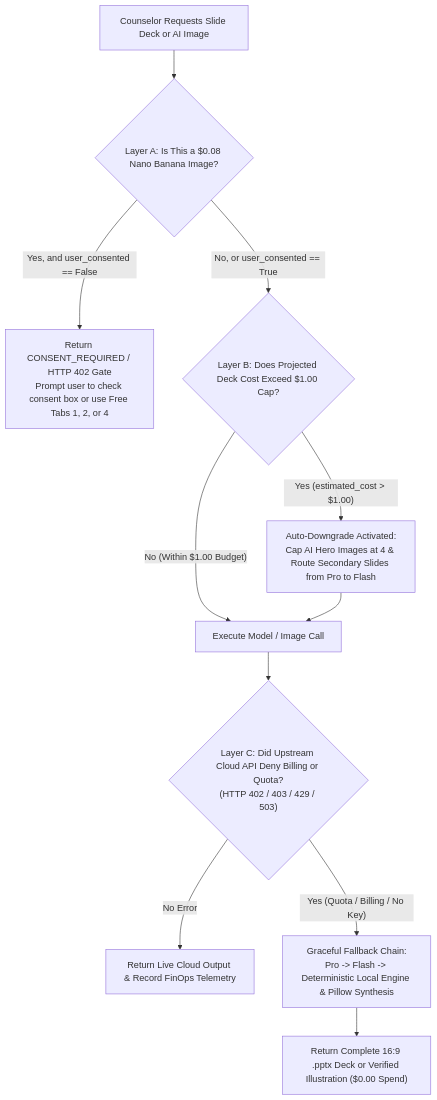
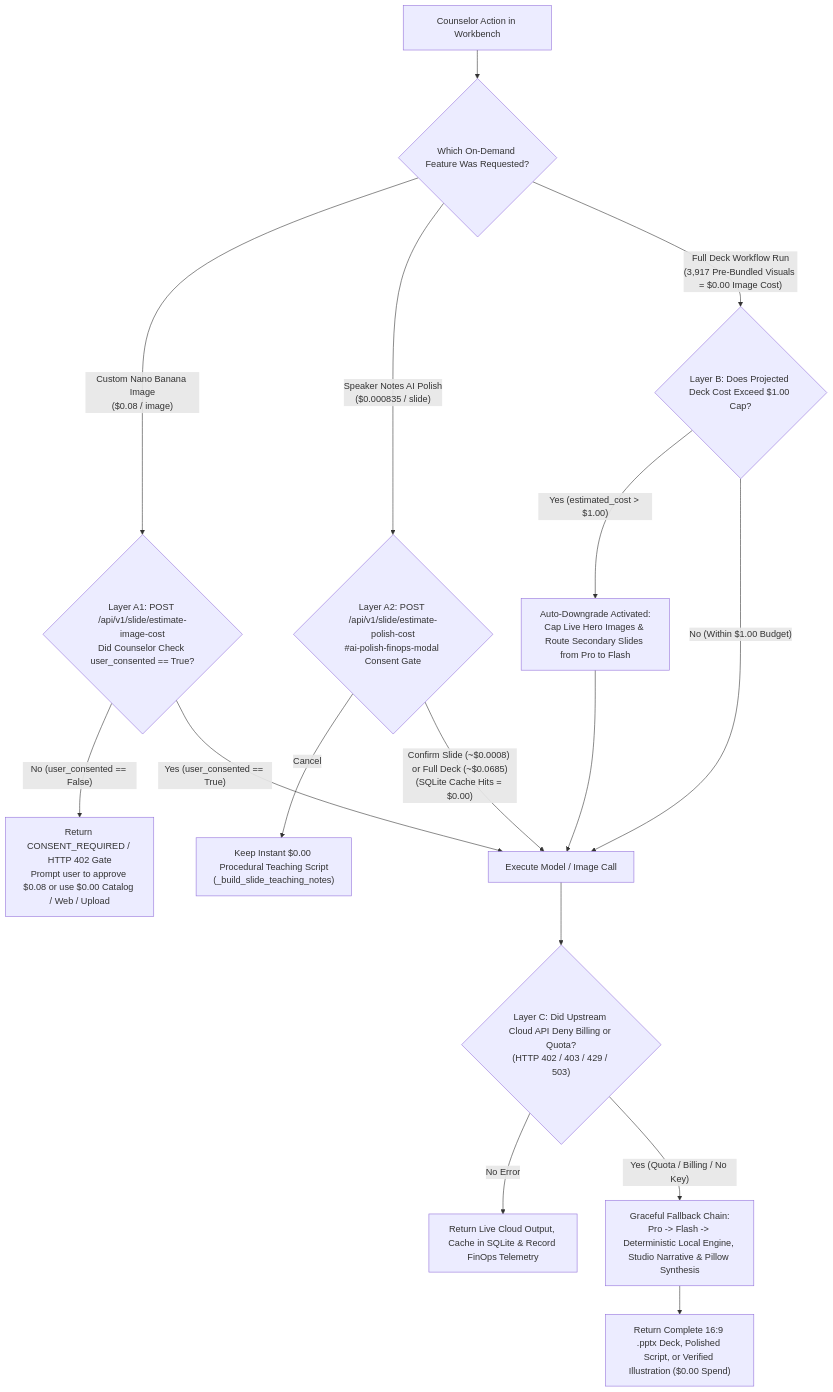
Before and after one commit to clayberg/scouts-bsa-merit-badge-agent: the diagram in docs/finops-billing-and-deployment-guide.md, drawn with Mermaid. The commit also changed other lines of this file and 19 other files, not shown here.

Commit message:
Plan 11: Align FinOps & Google Slides modals, 3-card Presenter View + fullscreen centering + dual-monitor popout, Footer GitHub link, Option A Documentation Studio Viewer, and full documentation sync

````diff
--- a/docs/finops-billing-and-deployment-guide.md
+++ b/docs/finops-billing-and-deployment-guide.md
@@ -97,13 +102,21 @@
 ```mermaid
 flowchart TD
-    A["Counselor Requests Slide Deck or AI Image"] --> B{"Layer A: Is This a $0.08 Nano Banana Image?"}
-    B -- "Yes, and user_consented == False" --> C["Return CONSENT_REQUIRED / HTTP 402 Gate\nPrompt user to check consent box or use Free Tabs 1, 2, or 4"]
-    B -- "No, or user_consented == True" --> D{"Layer B: Does Projected Deck Cost Exceed $1.00 Cap?"}
-    D -- "Yes (estimated_cost > $1.00)" --> E["Auto-Downgrade Activated:\nCap AI Hero Images at 4 & Route Secondary Slides from Pro to Flash"]
-    D -- "No (Within $1.00 Budget)" --> F["Execute Model / Image Call"]
-    E --> F
+    A["Counselor Action in Workbench"] --> B{"Which On-Demand Feature Was Requested?"}
+    B -- "Custom Nano Banana Image\n($0.08 / image)" --> C1{"Layer A1: POST /api/v1/slide/estimate-image-cost\nDid Counselor Check user_consented == True?"}
+    C1 -- "No (user_consented == False)" --> D1["Return CONSENT_REQUIRED / HTTP 402 Gate\nPrompt user to approve $0.08 or use $0.00 Catalog / Web / Upload"]
+    C1 -- "Yes (user_consented == True)" --> F["Execute Model / Image Call"]
+
+    B -- "Speaker Notes AI Polish\n($0.000835 / slide)" --> C2{"Layer A2: POST /api/v1/slide/estimate-polish-cost\n#ai-polish-finops-modal Consent Gate"}
+    C2 -- "Cancel" --> D2["Keep Instant $0.00 Procedural Teaching Script\n(_build_slide_teaching_notes)"]
+    C2 -- "Confirm Slide (~$0.0008) or Full Deck (~$0.0685)\n(SQLite Cache Hits = $0.00)" --> F
+
+    B -- "Full Deck Workflow Run\n(3,917 Pre-Bundled Visuals = $0.00 Image Cost)" --> E1{"Layer B: Does Projected Deck Cost Exceed $1.00 Cap?"}
+    E1 -- "Yes (estimated_cost > $1.00)" --> E2["Auto-Downgrade Activated:\nCap Live Hero Images & Route Secondary Slides from Pro to Flash"]
+    E1 -- "No (Within $1.00 Budget)" --> F
+    E2 --> F
+
     F --> G{"Layer C: Did Upstream Cloud API Deny Billing or Quota?\n(HTTP 402 / 403 / 429 / 503)"}
-    G -- "No Error" --> H["Return Live Cloud Output & Record FinOps Telemetry"]
-    G -- "Yes (Quota / Billing / No Key)" --> I["Graceful Fallback Chain:\nPro -> Flash -> Deterministic Local Engine & Pillow Synthesis"]
-    I --> J["Return Complete 16:9 .pptx Deck or Verified Illustration ($0.00 Spend)"]
+    G -- "No Error" --> H["Return Live Cloud Output, Cache in SQLite & Record FinOps Telemetry"]
+    G -- "Yes (Quota / Billing / No Key)" --> I["Graceful Fallback Chain:\nPro -> Flash -> Deterministic Local Engine, Studio Narrative & Pillow Synthesis"]
+    I --> J["Return Complete 16:9 .pptx Deck, Polished Script, or Verified Illustration ($0.00 Spend)"]
 ```
````
